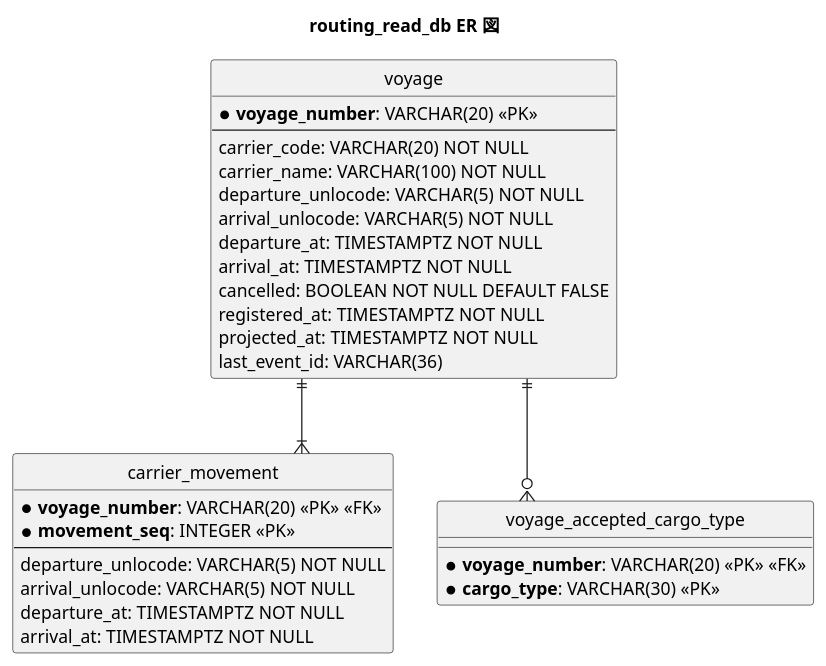
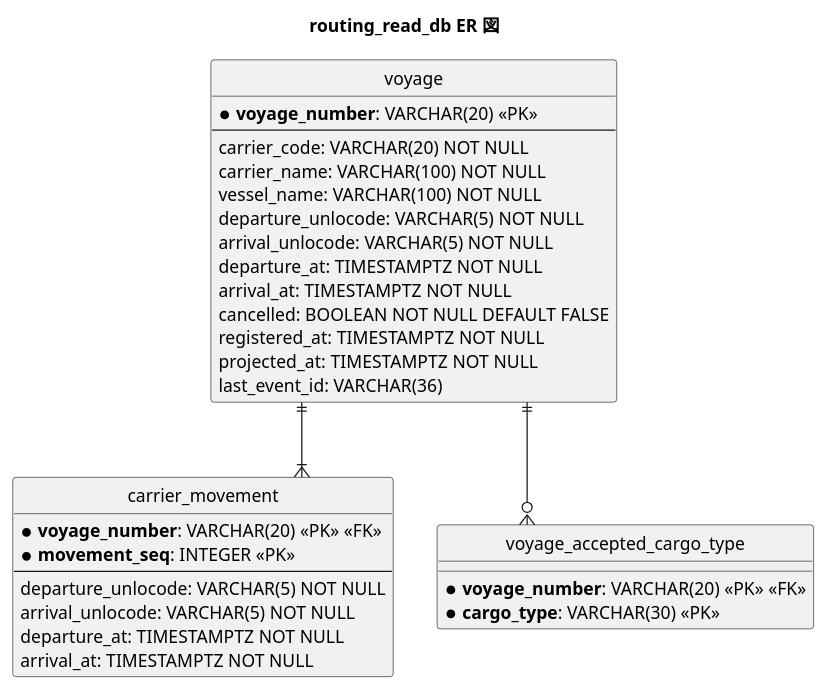
Before and after one commit to k2works/case-study-cargo-tracker: the fifth of 10 diagrams in docs/design/cargo-tracker/data-model.md, drawn with PlantUML. The commit also changed other lines of this file and 5 other files, not shown here.

````diff
--- a/docs/design/cargo-tracker/data-model.md
+++ b/docs/design/cargo-tracker/data-model.md
@@ -388,41 +388,42 @@
 ```plantuml
 @startuml
 title routing_read_db ER 図
 
 hide circle
 skinparam linetype ortho
 
 entity "voyage" as v {
   * **voyage_number**: VARCHAR(20) <<PK>>
   --
   carrier_code: VARCHAR(20) NOT NULL
   carrier_name: VARCHAR(100) NOT NULL
+  vessel_name: VARCHAR(100) NOT NULL
   departure_unlocode: VARCHAR(5) NOT NULL
   arrival_unlocode: VARCHAR(5) NOT NULL
   departure_at: TIMESTAMPTZ NOT NULL
   arrival_at: TIMESTAMPTZ NOT NULL
   cancelled: BOOLEAN NOT NULL DEFAULT FALSE
   registered_at: TIMESTAMPTZ NOT NULL
   projected_at: TIMESTAMPTZ NOT NULL
   last_event_id: VARCHAR(36)
 }
 
 entity "carrier_movement" as cm {
   * **voyage_number**: VARCHAR(20) <<PK>> <<FK>>
   * **movement_seq**: INTEGER <<PK>>
   --
   departure_unlocode: VARCHAR(5) NOT NULL
   arrival_unlocode: VARCHAR(5) NOT NULL
   departure_at: TIMESTAMPTZ NOT NULL
   arrival_at: TIMESTAMPTZ NOT NULL
 }
 
 entity "voyage_accepted_cargo_type" as act {
   * **voyage_number**: VARCHAR(20) <<PK>> <<FK>>
   * **cargo_type**: VARCHAR(30) <<PK>>
 }
 
 v ||--|{ cm
 v ||--o{ act
 @enduml
 ```
````
